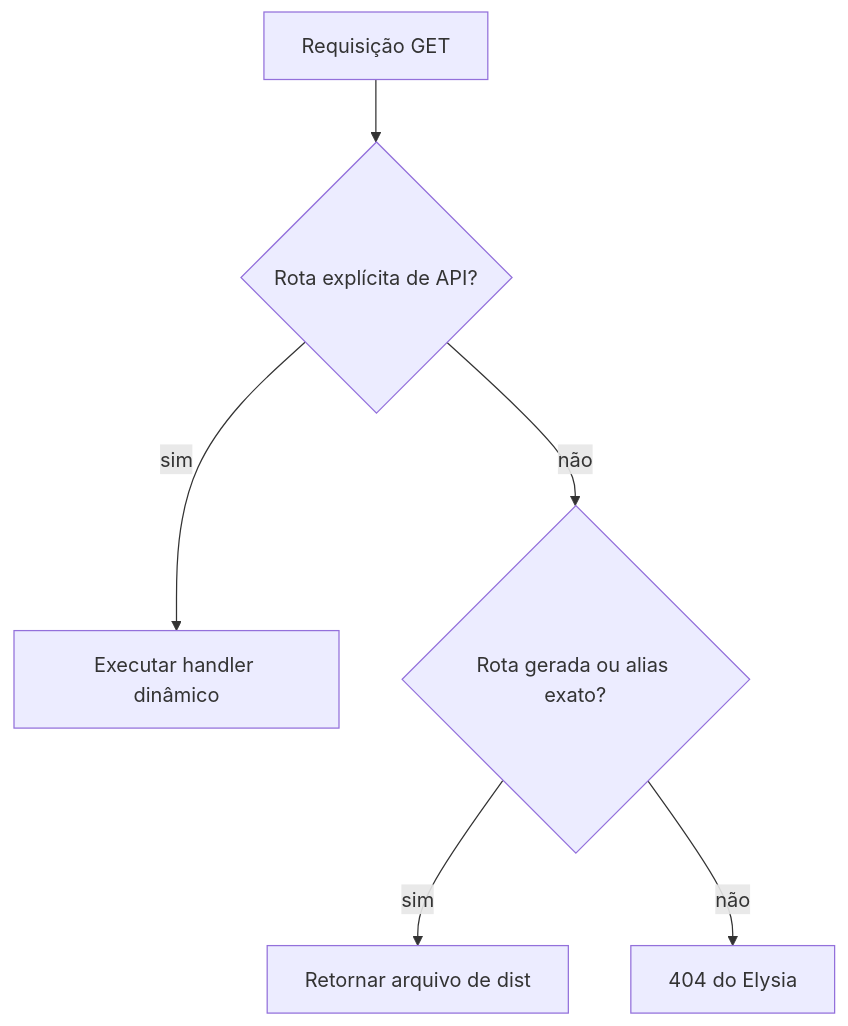
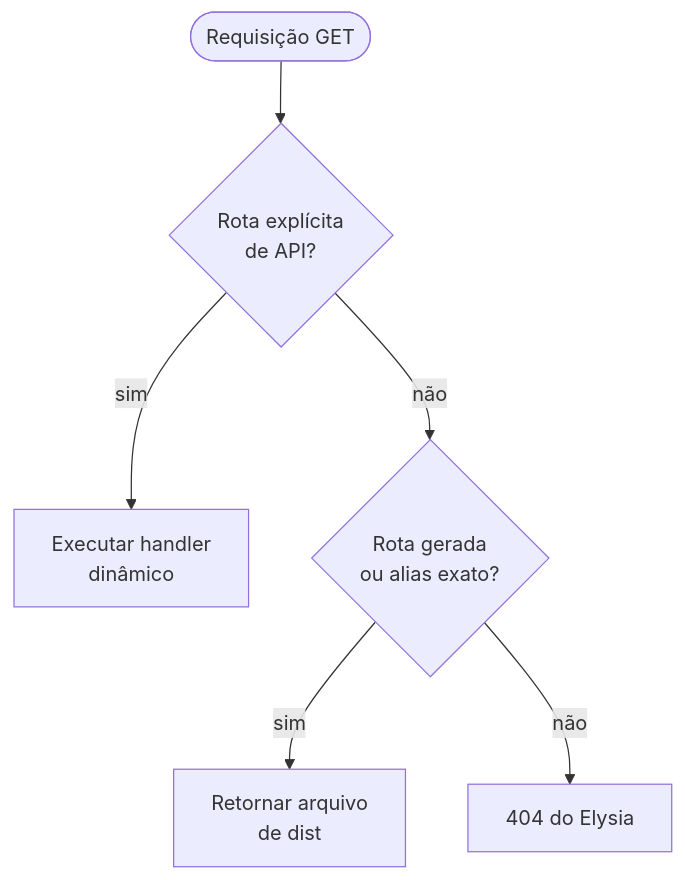
The second of 2 diagrams in web/content/blog/shipping-astro-from-a-bun-server.pt-BR.mdx (ErickCReis/ErickCReis), drawn with Mermaid before and after one commit. The commit also changed other lines of this file and 23 other files, not shown here.

Commit message:
Polish Mermaid diagrams across blog posts

````diff
--- a/web/content/blog/shipping-astro-from-a-bun-server.pt-BR.mdx
+++ b/web/content/blog/shipping-astro-from-a-bun-server.pt-BR.mdx
@@ -143,8 +143,8 @@
 ```mermaid center
-flowchart TD
-  Request["Requisição GET"] --> API{"Rota explícita de API?"}
-  API -- sim --> Handler["Executar handler dinâmico"]
-  API -- não --> Static{"Rota gerada ou alias exato?"}
-  Static -- sim --> File["Retornar arquivo de dist"]
-  Static -- não --> Missing["404 do Elysia"]
+flowchart TB
+  Request(["Requisição GET"]) --> API{"Rota explícita<br/>de API?"}
+  API -->|"sim"| Handler["Executar handler<br/>dinâmico"]
+  API -->|"não"| Static{"Rota gerada<br/>ou alias exato?"}
+  Static -->|"sim"| File["Retornar arquivo<br/>de dist"]
+  Static -->|"não"| Missing["404 do Elysia"]
 ```
````
